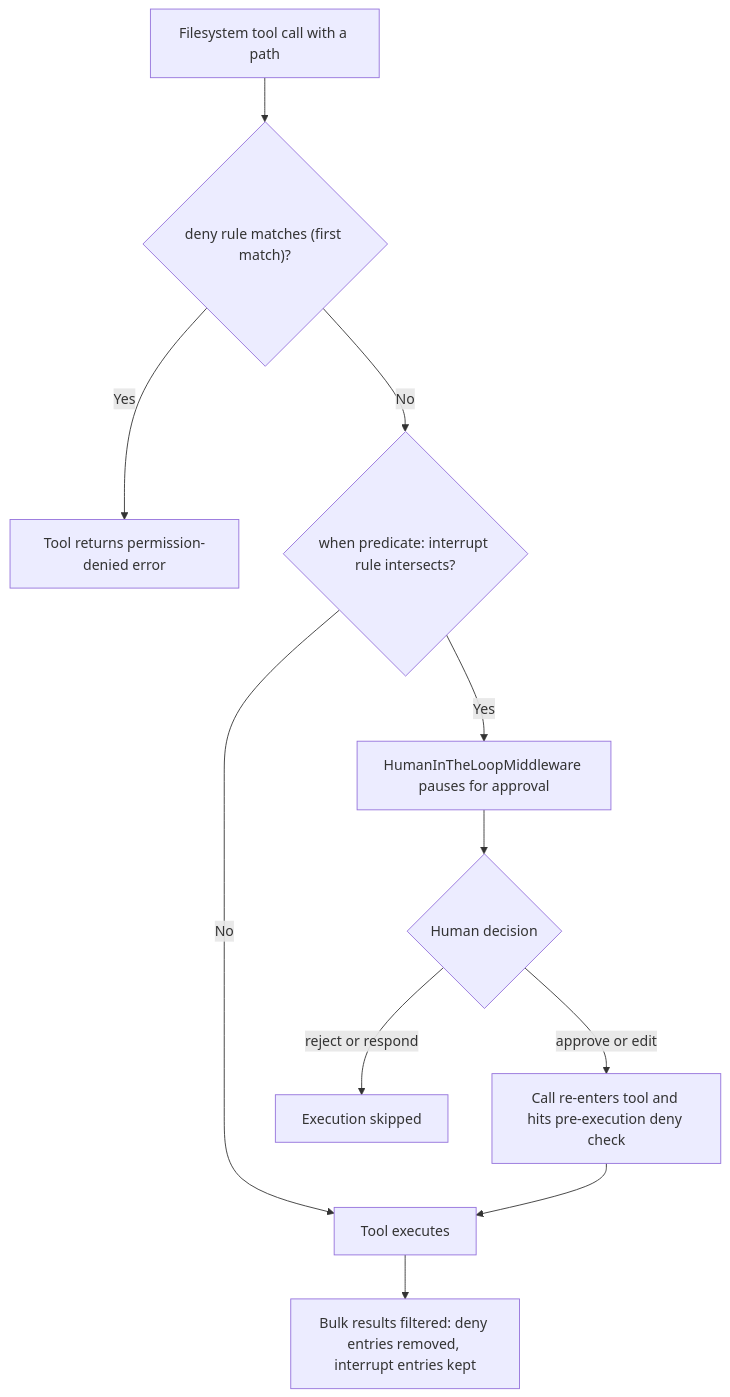
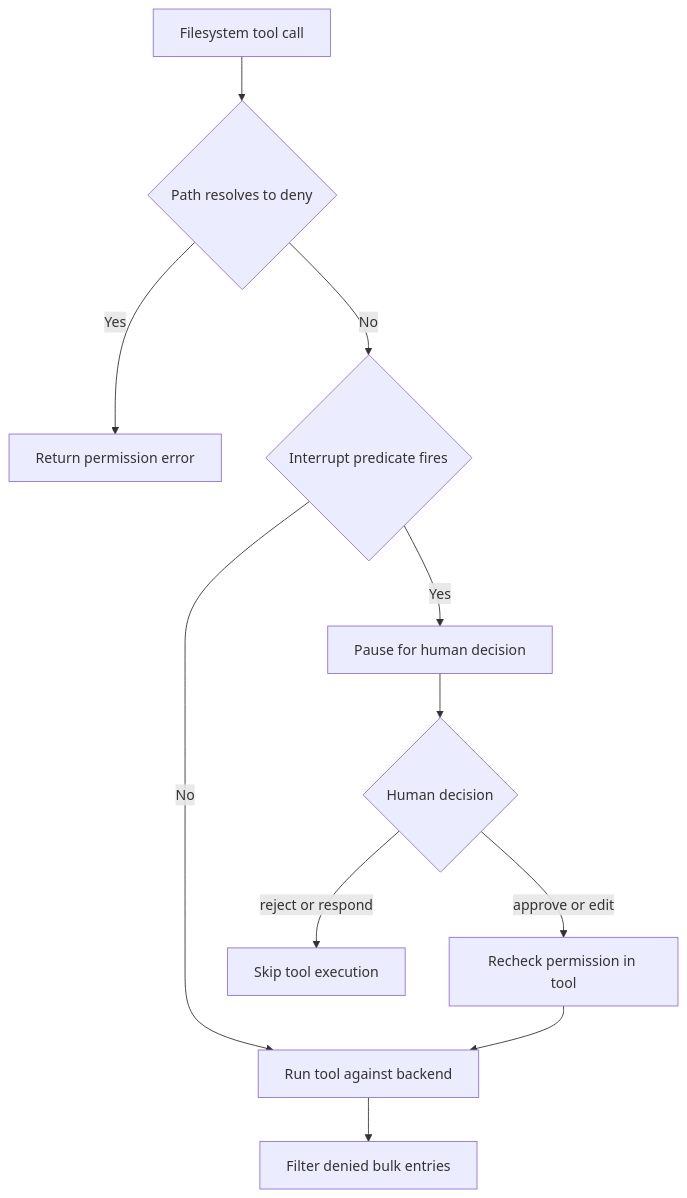
The first of 2 diagrams in openwiki/concepts/permissions-hitl.md (langchain-ai/deepagents), drawn with Mermaid before and after one commit. The commit also changed other lines of this file and 136 other files, not shown here.

````diff
--- a/openwiki/concepts/permissions-hitl.md
+++ b/openwiki/concepts/permissions-hitl.md
@@ -156,13 +85,13 @@
 ```mermaid
 flowchart TD
-    Call["Filesystem tool call with a path"] --> Deny{"deny rule matches (first match)?"}
-    Deny -->|Yes| Err["Tool returns permission-denied error"]
-    Deny -->|No| When{"when predicate: interrupt rule intersects?"}
-    When -->|Yes| HITL["HumanInTheLoopMiddleware pauses for approval"]
-    HITL --> Decision{"Human decision"}
-    Decision -->|approve or edit| Reenter["Call re-enters tool and hits pre-execution deny check"]
-    Decision -->|reject or respond| Skip["Execution skipped"]
-    When -->|No| Run["Tool executes"]
-    Reenter --> Run
-    Run --> Filter["Bulk results filtered: deny entries removed, interrupt entries kept"]
+    Call["Filesystem tool call"] --> DenyCheck{"Path resolves to deny"}
+    DenyCheck -->|Yes| Denied["Return permission error"]
+    DenyCheck -->|No| InterruptCheck{"Interrupt predicate fires"}
+    InterruptCheck -->|No| Run["Run tool against backend"]
+    InterruptCheck -->|Yes| Pause["Pause for human decision"]
+    Pause --> Decision{"Human decision"}
+    Decision -->|approve or edit| Recheck["Recheck permission in tool"]
+    Decision -->|reject or respond| Skip["Skip tool execution"]
+    Recheck --> Run
+    Run --> Filter["Filter denied bulk entries"]
 ```
````
